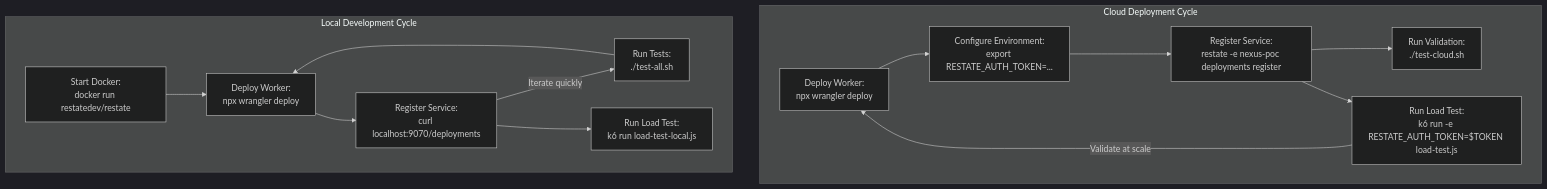
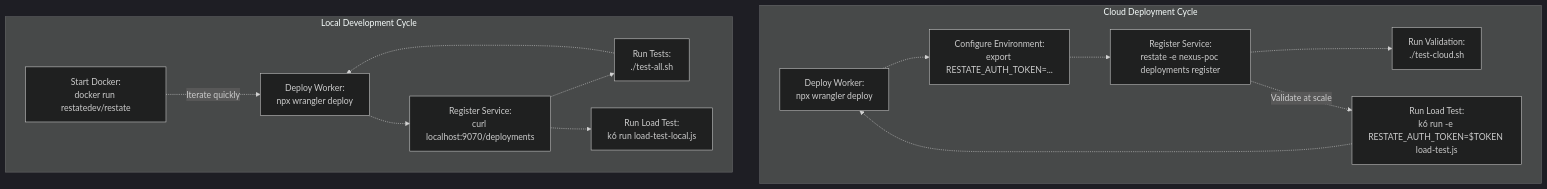
Before and after one commit to philipz/restate-cloudflare-workers-poc: the fifth of 5 diagrams in docs/deepwiki/Testing-Strategy.md, drawn with Mermaid (dark theme). The commit also changed other lines of this file and 27 other files, not shown here.

````diff
--- a/docs/deepwiki/Testing-Strategy.md
+++ b/docs/deepwiki/Testing-Strategy.md
@@ -280,40 +280,40 @@
 ```mermaid
 flowchart TD
 
 CC1["Deploy Worker:<br>npx wrangler deploy"]
 CC2["Configure Environment:<br>export RESTATE_AUTH_TOKEN=..."]
 CC3["Register Service:<br>restate -e nexus-poc deployments register"]
 CC4["Run Validation:<br>./test-cloud.sh"]
 CC5["Run Load Test:<br>k6 run -e RESTATE_AUTH_TOKEN=$TOKEN load-test.js"]
 LC1["Start Docker:<br>docker run restatedev/restate"]
 LC2["Deploy Worker:<br>npx wrangler deploy"]
 LC3["Register Service:<br>curl localhost:9070/deployments"]
 LC4["Run Tests:<br>./test-all.sh"]
 LC5["Run Load Test:<br>k6 run load-test-local.js"]
 
 subgraph subGraph1 ["Cloud Deployment Cycle"]
     CC1
     CC2
     CC3
     CC4
     CC5
-    CC1 --> CC2
-    CC2 --> CC3
-    CC3 --> CC4
-    CC3 --> CC5
-    CC5 -->|"Validate at scale"| CC1
+    CC1 -.-> CC2
+    CC2 -.-> CC3
+    CC3 -.-> CC4
+    CC3 -.->|"Validate at scale"| CC5
+    CC5 -.-> CC1
 end
 
 subgraph subGraph0 ["Local Development Cycle"]
     LC1
     LC2
     LC3
     LC4
     LC5
-    LC1 --> LC2
-    LC2 --> LC3
-    LC3 -->|"Iterate quickly"| LC4
-    LC3 --> LC5
-    LC4 --> LC2
+    LC1 -.->|"Iterate quickly"| LC2
+    LC2 -.-> LC3
+    LC3 -.-> LC4
+    LC3 -.-> LC5
+    LC4 -.-> LC2
 end
 ```
````
